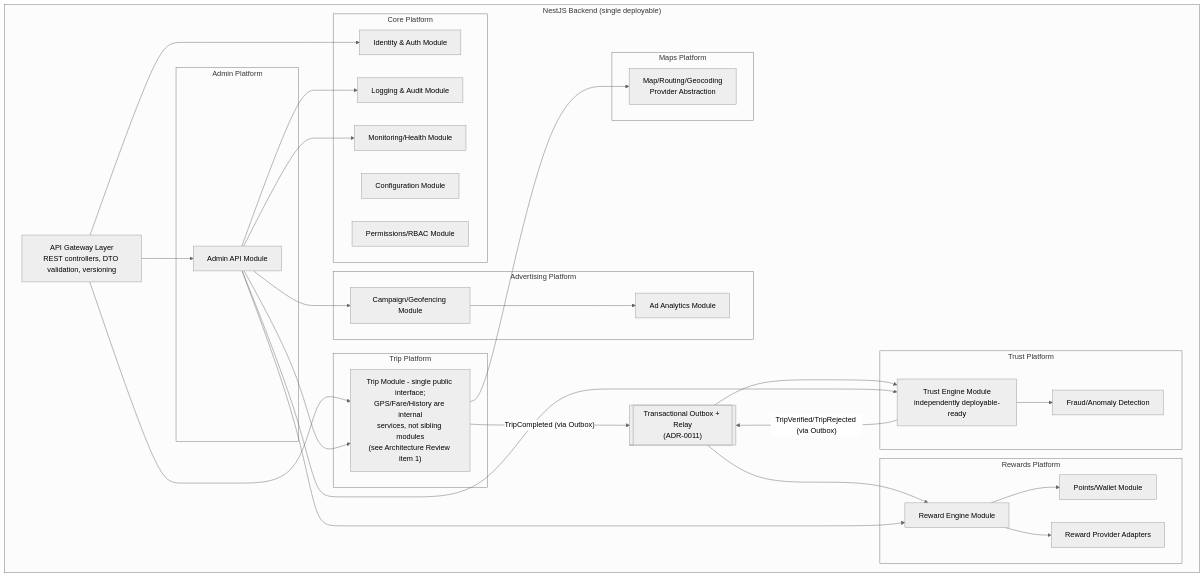
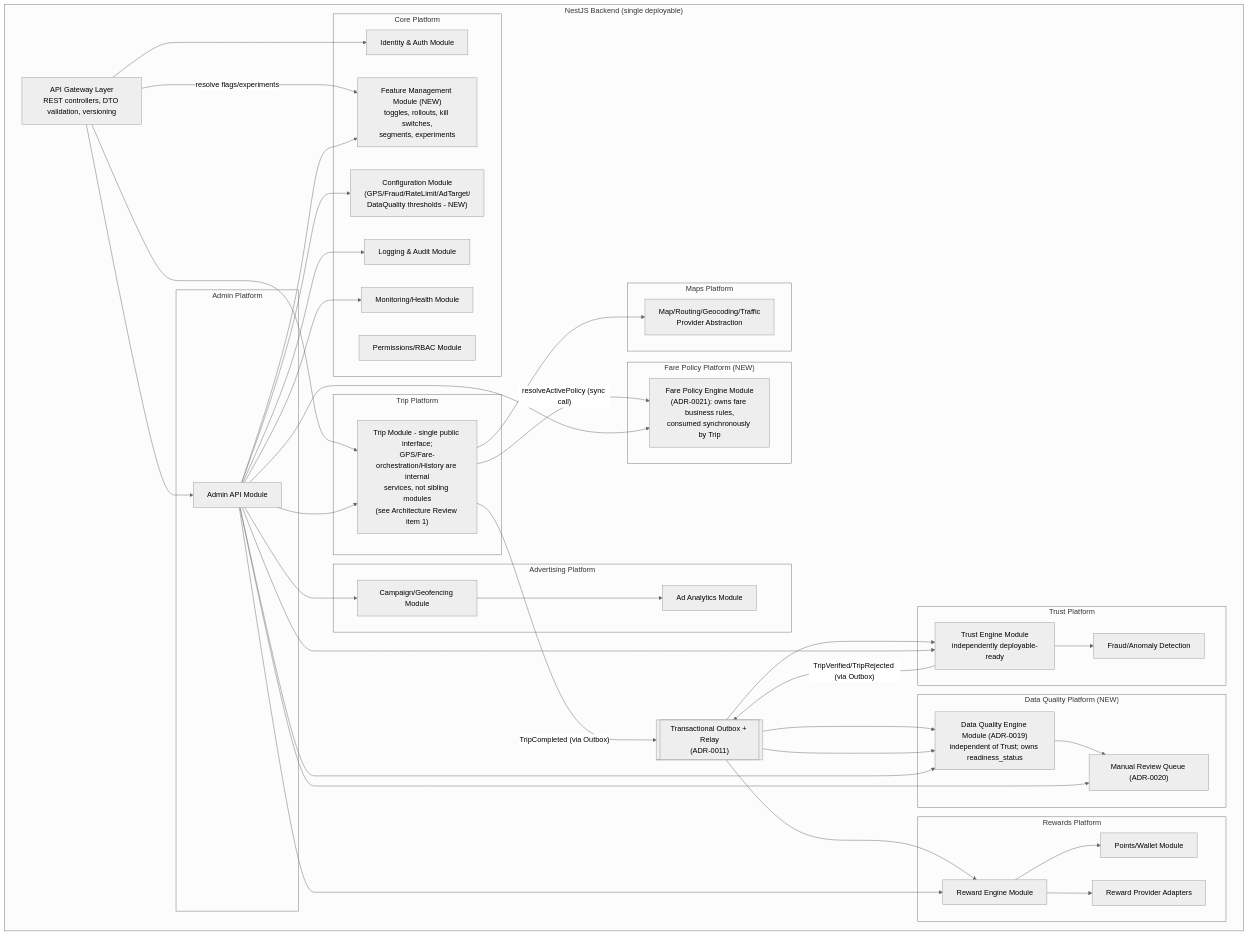
Before and after one commit to shadygad01/TaxiTawsila: the second of 2 diagrams in docs/02-architecture.md, drawn with Mermaid (neutral theme). The commit also changed other lines of this file and 20 other files, not shown here.

First line of the commit message:
Add Data Quality, Feature Management, Configuration, and Fare Policy platforms

````diff
--- a/docs/02-architecture.md
+++ b/docs/02-architecture.md
@@ -69,23 +69,33 @@
 
         subgraph Core Platform
             AuthMod[Identity & Auth Module]
-            ConfigMod[Configuration Module]
+            ConfigMod["Configuration Module<br/>(GPS/Fraud/RateLimit/AdTarget/<br/>DataQuality thresholds - NEW)"]
+            FeatureMod["Feature Management Module (NEW)<br/>toggles, rollouts, kill switches,<br/>segments, experiments"]
             PermMod[Permissions/RBAC Module]
             LogMod[Logging & Audit Module]
             MonMod[Monitoring/Health Module]
         end
 
         subgraph Maps Platform
-            MapAbstraction[Map/Routing/Geocoding<br/>Provider Abstraction]
+            MapAbstraction[Map/Routing/Geocoding/Traffic<br/>Provider Abstraction]
         end
 
         subgraph Trip Platform
-            TripMod["Trip Module - single public interface;<br/>GPS/Fare/History are internal<br/>services, not sibling modules<br/>(see Architecture Review item 1)"]
+            TripMod["Trip Module - single public interface;<br/>GPS/Fare-orchestration/History are internal<br/>services, not sibling modules<br/>(see Architecture Review item 1)"]
+        end
+
+        subgraph "Fare Policy Platform (NEW)"
+            FarePolicyMod["Fare Policy Engine Module<br/>(ADR-0021): owns fare business rules,<br/>consumed synchronously by Trip"]
         end
 
         subgraph Trust Platform
             TrustMod[Trust Engine Module<br/>independently deployable-ready]
             FraudMod[Fraud/Anomaly Detection]
+        end
+
+        subgraph "Data Quality Platform (NEW)"
+            DataQualityMod["Data Quality Engine Module (ADR-0019)<br/>independent of Trust; owns readiness_status"]
+            ReviewMod["Manual Review Queue (ADR-0020)"]
         end
 
         subgraph Rewards Platform
@@ -109,20 +119,30 @@
     Gateway --> AuthMod
     Gateway --> TripMod
     Gateway --> AdminAPI
+    Gateway -- "resolve flags/experiments" --> FeatureMod
 
     TripMod --> MapAbstraction
+    TripMod -- "resolveActivePolicy (sync call)" --> FarePolicyMod
     TripMod -- "TripCompleted (via Outbox)" --> EventBus
     EventBus --> TrustMod
+    EventBus --> DataQualityMod
     TrustMod -- "TripVerified/TripRejected (via Outbox)" --> EventBus
     EventBus --> RewardMod
+    EventBus --> DataQualityMod
     TrustMod --> FraudMod
+    DataQualityMod --> ReviewMod
     RewardMod --> WalletMod
     RewardMod --> CouponMod
     AdMod --> AdAnalytics
     AdminAPI --> TripMod
     AdminAPI --> TrustMod
+    AdminAPI --> DataQualityMod
+    AdminAPI --> ReviewMod
     AdminAPI --> RewardMod
     AdminAPI --> AdMod
+    AdminAPI --> FarePolicyMod
+    AdminAPI --> FeatureMod
+    AdminAPI --> ConfigMod
     AdminAPI --> LogMod
     AdminAPI --> MonMod
 ```
````
